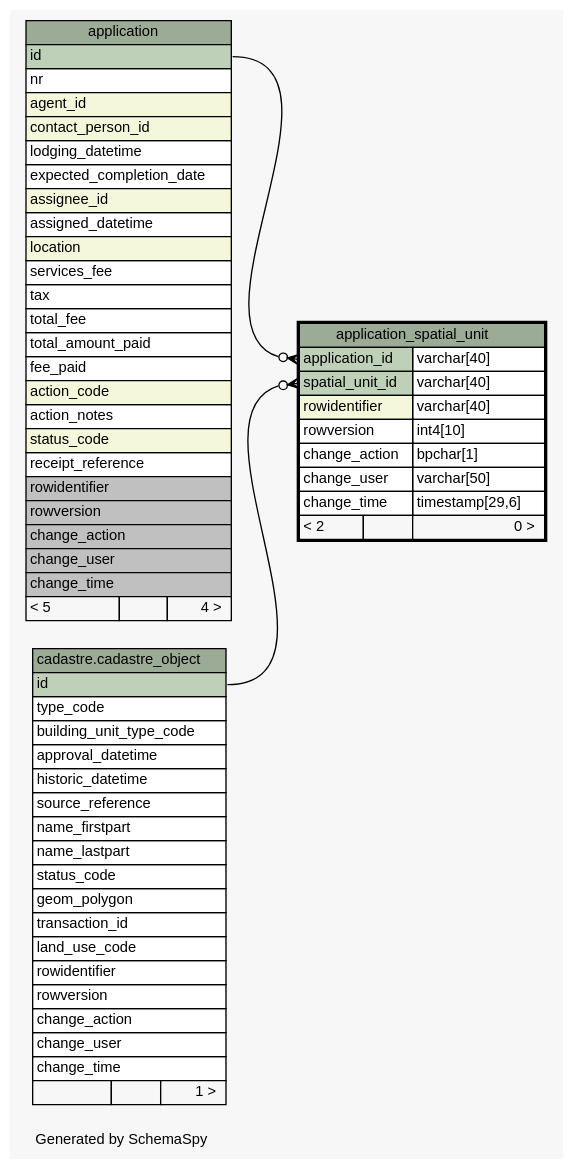
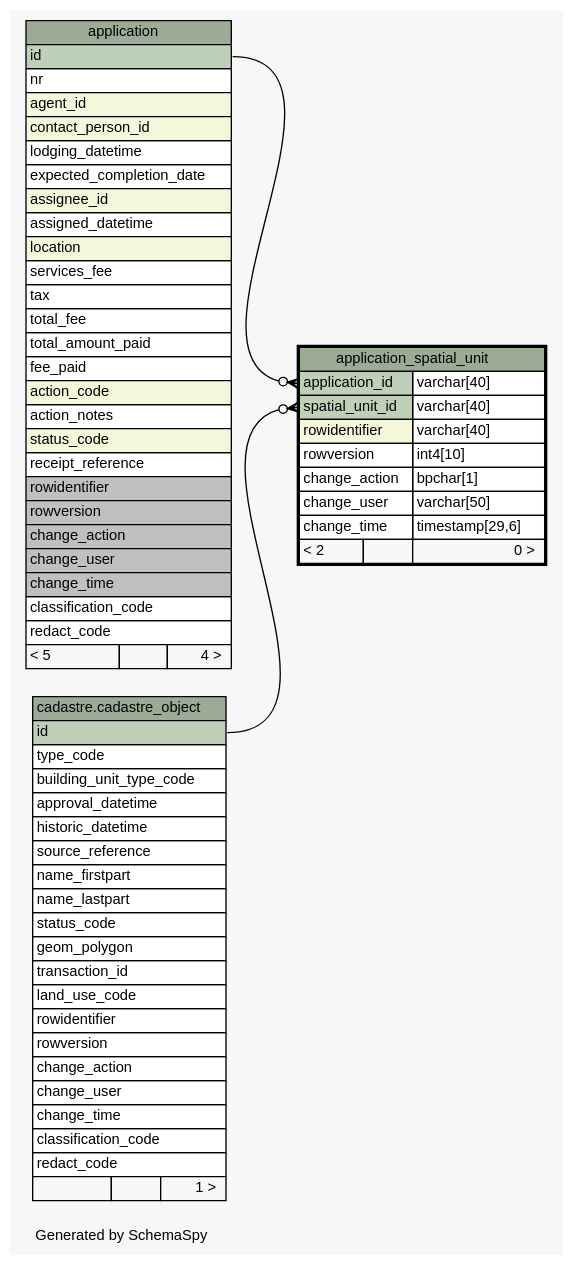
Before and after one commit to SOLA-FAO/database_sola: the diagram in doc/application/diagrams/application_spatial_unit.1degree.dot, drawn with Graphviz. The commit also changed 615 other files, not shown here.

```diff
--- a/doc/application/diagrams/application_spatial_unit.1degree.dot
+++ b/doc/application/diagrams/application_spatial_unit.1degree.dot
@@ -1,98 +1,102 @@
 // dot 2.36.0 on Windows 7 6.1
 // SchemaSpy rev 590
 digraph "oneDegreeRelationshipsDiagram" {
   graph [
     rankdir="RL"
     bgcolor="#f7f7f7"
     label="\nGenerated by SchemaSpy"
     labeljust="l"
     nodesep="0.18"
     ranksep="0.46"
     fontname="Helvetica"
     fontsize="11"
   ];
   node [
     fontname="Helvetica"
     fontsize="11"
     shape="plaintext"
   ];
   edge [
     arrowsize="0.8"
   ];
   "application_spatial_unit":"application_id":w -> "application":"id":e [arrowhead=none dir=back arrowtail=crowodot];
   "application_spatial_unit":"spatial_unit_id":w -> "cadastre.cadastre_object":"id":e [arrowhead=none dir=back arrowtail=crowodot];
   "application" [
     label=<
     <TABLE BORDER="0" CELLBORDER="1" CELLSPACING="0" BGCOLOR="#ffffff">
       <TR><TD COLSPAN="3" BGCOLOR="#9bab96" ALIGN="CENTER">application</TD></TR>
       <TR><TD PORT="id" COLSPAN="3" BGCOLOR="#bed1b8" ALIGN="LEFT">id</TD></TR>
       <TR><TD PORT="nr" COLSPAN="3" ALIGN="LEFT">nr</TD></TR>
       <TR><TD PORT="agent_id" COLSPAN="3" BGCOLOR="#f4f7da" ALIGN="LEFT">agent_id</TD></TR>
       <TR><TD PORT="contact_person_id" COLSPAN="3" BGCOLOR="#f4f7da" ALIGN="LEFT">contact_person_id</TD></TR>
       <TR><TD PORT="lodging_datetime" COLSPAN="3" ALIGN="LEFT">lodging_datetime</TD></TR>
       <TR><TD PORT="expected_completion_date" COLSPAN="3" ALIGN="LEFT">expected_completion_date</TD></TR>
       <TR><TD PORT="assignee_id" COLSPAN="3" BGCOLOR="#f4f7da" ALIGN="LEFT">assignee_id</TD></TR>
       <TR><TD PORT="assigned_datetime" COLSPAN="3" ALIGN="LEFT">assigned_datetime</TD></TR>
       <TR><TD PORT="location" COLSPAN="3" BGCOLOR="#f4f7da" ALIGN="LEFT">location</TD></TR>
       <TR><TD PORT="services_fee" COLSPAN="3" ALIGN="LEFT">services_fee</TD></TR>
       <TR><TD PORT="tax" COLSPAN="3" ALIGN="LEFT">tax</TD></TR>
       <TR><TD PORT="total_fee" COLSPAN="3" ALIGN="LEFT">total_fee</TD></TR>
       <TR><TD PORT="total_amount_paid" COLSPAN="3" ALIGN="LEFT">total_amount_paid</TD></TR>
       <TR><TD PORT="fee_paid" COLSPAN="3" ALIGN="LEFT">fee_paid</TD></TR>
       <TR><TD PORT="action_code" COLSPAN="3" BGCOLOR="#f4f7da" ALIGN="LEFT">action_code</TD></TR>
       <TR><TD PORT="action_notes" COLSPAN="3" ALIGN="LEFT">action_notes</TD></TR>
       <TR><TD PORT="status_code" COLSPAN="3" BGCOLOR="#f4f7da" ALIGN="LEFT">status_code</TD></TR>
       <TR><TD PORT="receipt_reference" COLSPAN="3" ALIGN="LEFT">receipt_reference</TD></TR>
       <TR><TD PORT="rowidentifier" COLSPAN="3" BGCOLOR="#c0c0c0" ALIGN="LEFT">rowidentifier</TD></TR>
       <TR><TD PORT="rowversion" COLSPAN="3" BGCOLOR="#c0c0c0" ALIGN="LEFT">rowversion</TD></TR>
       <TR><TD PORT="change_action" COLSPAN="3" BGCOLOR="#c0c0c0" ALIGN="LEFT">change_action</TD></TR>
       <TR><TD PORT="change_user" COLSPAN="3" BGCOLOR="#c0c0c0" ALIGN="LEFT">change_user</TD></TR>
       <TR><TD PORT="change_time" COLSPAN="3" BGCOLOR="#c0c0c0" ALIGN="LEFT">change_time</TD></TR>
+      <TR><TD PORT="classification_code" COLSPAN="3" ALIGN="LEFT">classification_code</TD></TR>
+      <TR><TD PORT="redact_code" COLSPAN="3" ALIGN="LEFT">redact_code</TD></TR>
       <TR><TD ALIGN="LEFT" BGCOLOR="#f7f7f7">&lt; 5</TD><TD ALIGN="RIGHT" BGCOLOR="#f7f7f7">  </TD><TD ALIGN="RIGHT" BGCOLOR="#f7f7f7">4 &gt;</TD></TR>
     </TABLE>>
     URL="application.html"
     tooltip="application"
   ];
   "application_spatial_unit" [
     label=<
     <TABLE BORDER="2" CELLBORDER="1" CELLSPACING="0" BGCOLOR="#ffffff">
       <TR><TD COLSPAN="3" BGCOLOR="#9bab96" ALIGN="CENTER">application_spatial_unit</TD></TR>
       <TR><TD PORT="application_id" COLSPAN="2" BGCOLOR="#bed1b8" ALIGN="LEFT">application_id</TD><TD PORT="application_id.type" ALIGN="LEFT">varchar[40]</TD></TR>
       <TR><TD PORT="spatial_unit_id" COLSPAN="2" BGCOLOR="#bed1b8" ALIGN="LEFT">spatial_unit_id</TD><TD PORT="spatial_unit_id.type" ALIGN="LEFT">varchar[40]</TD></TR>
       <TR><TD PORT="rowidentifier" COLSPAN="2" BGCOLOR="#f4f7da" ALIGN="LEFT">rowidentifier</TD><TD PORT="rowidentifier.type" ALIGN="LEFT">varchar[40]</TD></TR>
       <TR><TD PORT="rowversion" COLSPAN="2" ALIGN="LEFT">rowversion</TD><TD PORT="rowversion.type" ALIGN="LEFT">int4[10]</TD></TR>
       <TR><TD PORT="change_action" COLSPAN="2" ALIGN="LEFT">change_action</TD><TD PORT="change_action.type" ALIGN="LEFT">bpchar[1]</TD></TR>
       <TR><TD PORT="change_user" COLSPAN="2" ALIGN="LEFT">change_user</TD><TD PORT="change_user.type" ALIGN="LEFT">varchar[50]</TD></TR>
       <TR><TD PORT="change_time" COLSPAN="2" ALIGN="LEFT">change_time</TD><TD PORT="change_time.type" ALIGN="LEFT">timestamp[29,6]</TD></TR>
       <TR><TD ALIGN="LEFT" BGCOLOR="#f7f7f7">&lt; 2</TD><TD ALIGN="RIGHT" BGCOLOR="#f7f7f7">  </TD><TD ALIGN="RIGHT" BGCOLOR="#f7f7f7">0 &gt;</TD></TR>
     </TABLE>>
     URL="application_spatial_unit.html"
     tooltip="application_spatial_unit"
   ];
   "cadastre.cadastre_object" [
     label=<
     <TABLE BORDER="0" CELLBORDER="1" CELLSPACING="0" BGCOLOR="#ffffff">
       <TR><TD COLSPAN="3" BGCOLOR="#9bab96" ALIGN="CENTER">cadastre.cadastre_object</TD></TR>
       <TR><TD PORT="id" COLSPAN="3" BGCOLOR="#bed1b8" ALIGN="LEFT">id</TD></TR>
       <TR><TD PORT="type_code" COLSPAN="3" ALIGN="LEFT">type_code</TD></TR>
       <TR><TD PORT="building_unit_type_code" COLSPAN="3" ALIGN="LEFT">building_unit_type_code</TD></TR>
       <TR><TD PORT="approval_datetime" COLSPAN="3" ALIGN="LEFT">approval_datetime</TD></TR>
       <TR><TD PORT="historic_datetime" COLSPAN="3" ALIGN="LEFT">historic_datetime</TD></TR>
       <TR><TD PORT="source_reference" COLSPAN="3" ALIGN="LEFT">source_reference</TD></TR>
       <TR><TD PORT="name_firstpart" COLSPAN="3" ALIGN="LEFT">name_firstpart</TD></TR>
       <TR><TD PORT="name_lastpart" COLSPAN="3" ALIGN="LEFT">name_lastpart</TD></TR>
       <TR><TD PORT="status_code" COLSPAN="3" ALIGN="LEFT">status_code</TD></TR>
       <TR><TD PORT="geom_polygon" COLSPAN="3" ALIGN="LEFT">geom_polygon</TD></TR>
       <TR><TD PORT="transaction_id" COLSPAN="3" ALIGN="LEFT">transaction_id</TD></TR>
       <TR><TD PORT="land_use_code" COLSPAN="3" ALIGN="LEFT">land_use_code</TD></TR>
       <TR><TD PORT="rowidentifier" COLSPAN="3" ALIGN="LEFT">rowidentifier</TD></TR>
       <TR><TD PORT="rowversion" COLSPAN="3" ALIGN="LEFT">rowversion</TD></TR>
       <TR><TD PORT="change_action" COLSPAN="3" ALIGN="LEFT">change_action</TD></TR>
       <TR><TD PORT="change_user" COLSPAN="3" ALIGN="LEFT">change_user</TD></TR>
       <TR><TD PORT="change_time" COLSPAN="3" ALIGN="LEFT">change_time</TD></TR>
+      <TR><TD PORT="classification_code" COLSPAN="3" ALIGN="LEFT">classification_code</TD></TR>
+      <TR><TD PORT="redact_code" COLSPAN="3" ALIGN="LEFT">redact_code</TD></TR>
       <TR><TD ALIGN="LEFT" BGCOLOR="#f7f7f7">  </TD><TD ALIGN="RIGHT" BGCOLOR="#f7f7f7">  </TD><TD ALIGN="RIGHT" BGCOLOR="#f7f7f7">1 &gt;</TD></TR>
     </TABLE>>
     URL="../../cadastre/tables/cadastre_object.html"
     tooltip="cadastre.cadastre_object"
   ];
 }
```
